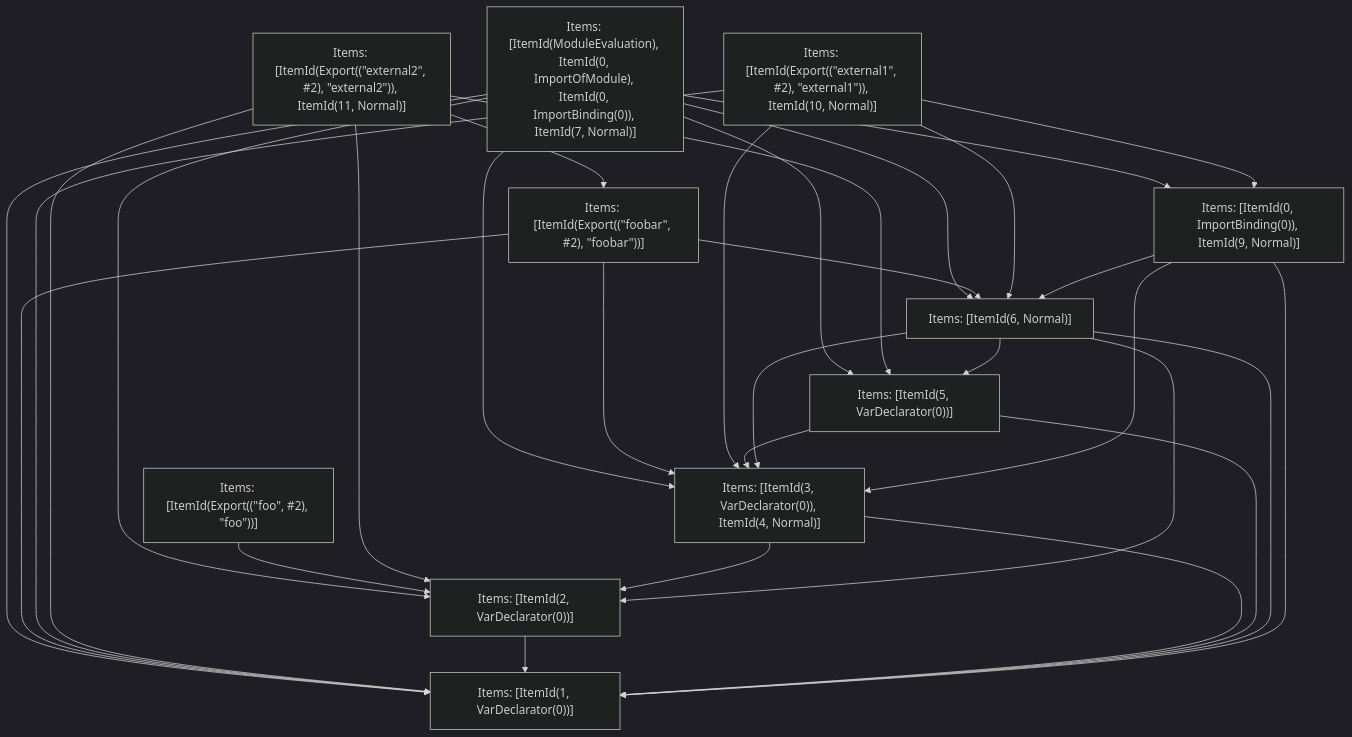
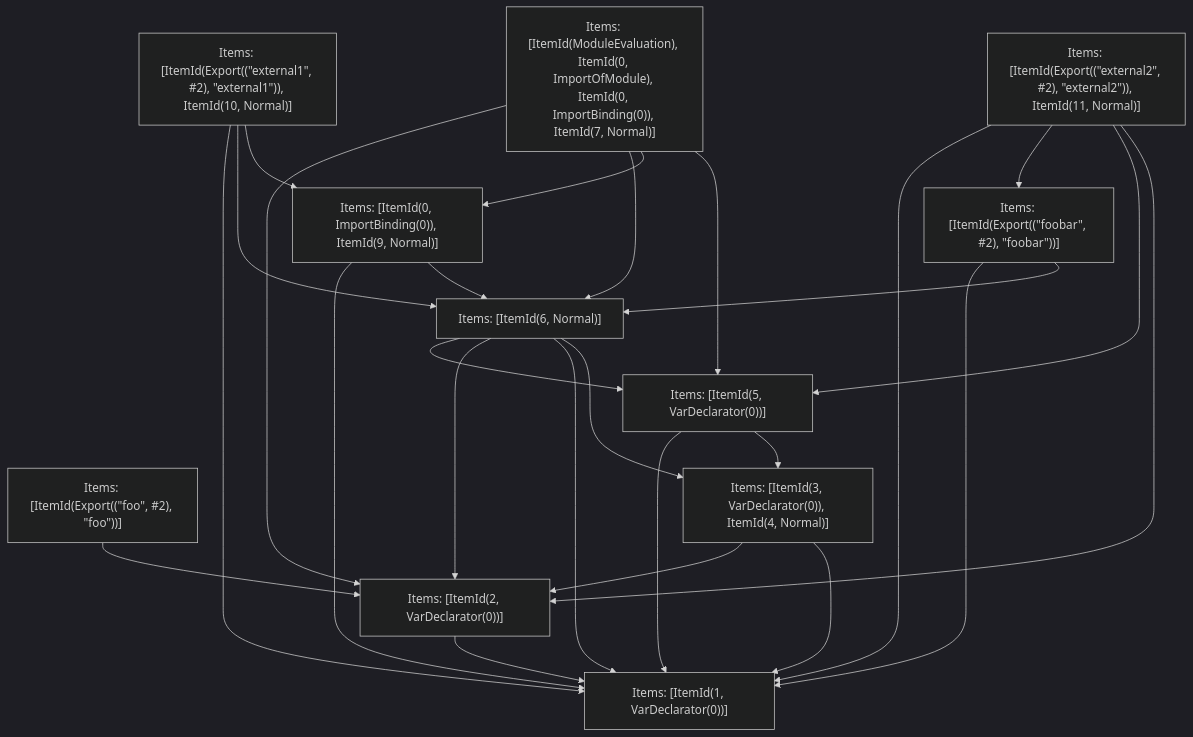
The fifth of 5 diagrams in crates/turbopack-ecmascript/tests/tree-shaker/analyzer/1/output.md (vercel/turborepo), drawn with Mermaid (dark theme) before and after one commit. The commit also changed other lines of this file and 32 other files, not shown here.

````diff
--- a/crates/turbopack-ecmascript/tests/tree-shaker/analyzer/1/output.md
+++ b/crates/turbopack-ecmascript/tests/tree-shaker/analyzer/1/output.md
@@ -362,44 +349,39 @@
 ```mermaid
 graph TD
     N0["Items: [ItemId(ModuleEvaluation), ItemId(0, ImportOfModule), ItemId(0, ImportBinding(0)), ItemId(7, Normal)]"];
     N1["Items: [ItemId(Export((&quot;foobar&quot;, #2), &quot;foobar&quot;))]"];
     N2["Items: [ItemId(Export((&quot;foo&quot;, #2), &quot;foo&quot;))]"];
     N3["Items: [ItemId(Export((&quot;external1&quot;, #2), &quot;external1&quot;)), ItemId(10, Normal)]"];
     N4["Items: [ItemId(Export((&quot;external2&quot;, #2), &quot;external2&quot;)), ItemId(11, Normal)]"];
     N5["Items: [ItemId(1, VarDeclarator(0))]"];
     N6["Items: [ItemId(2, VarDeclarator(0))]"];
     N7["Items: [ItemId(3, VarDeclarator(0)), ItemId(4, Normal)]"];
     N8["Items: [ItemId(5, VarDeclarator(0))]"];
     N9["Items: [ItemId(6, Normal)]"];
     N10["Items: [ItemId(0, ImportBinding(0)), ItemId(9, Normal)]"];
     N0 --> N8;
     N0 --> N10;
-    N0 --> N5;
-    N0 --> N7;
     N0 --> N9;
     N0 --> N6;
+    N1 --> N9;
     N1 --> N5;
-    N1 --> N7;
-    N1 --> N9;
     N2 --> N6;
     N3 --> N10;
+    N3 --> N9;
     N3 --> N5;
-    N3 --> N7;
-    N3 --> N9;
     N4 --> N6;
     N4 --> N8;
     N4 --> N1;
     N4 --> N5;
     N6 --> N5;
     N7 --> N5;
     N7 --> N6;
+    N8 --> N7;
     N8 --> N5;
-    N8 --> N7;
+    N9 --> N7;
     N9 --> N5;
-    N9 --> N7;
     N9 --> N6;
     N9 --> N8;
+    N10 --> N9;
     N10 --> N5;
-    N10 --> N7;
-    N10 --> N9;
 ```
````
